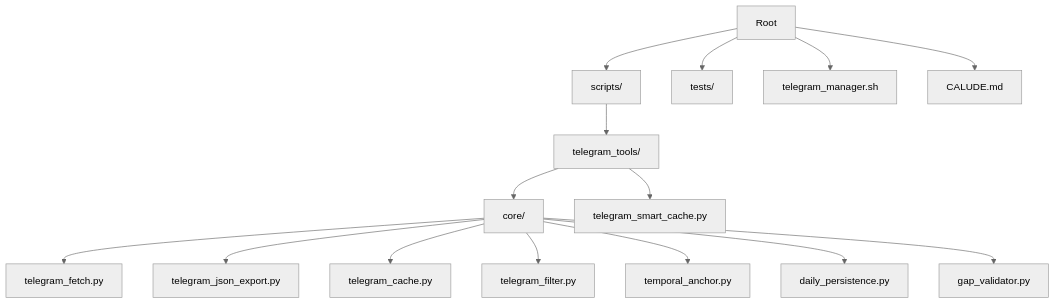
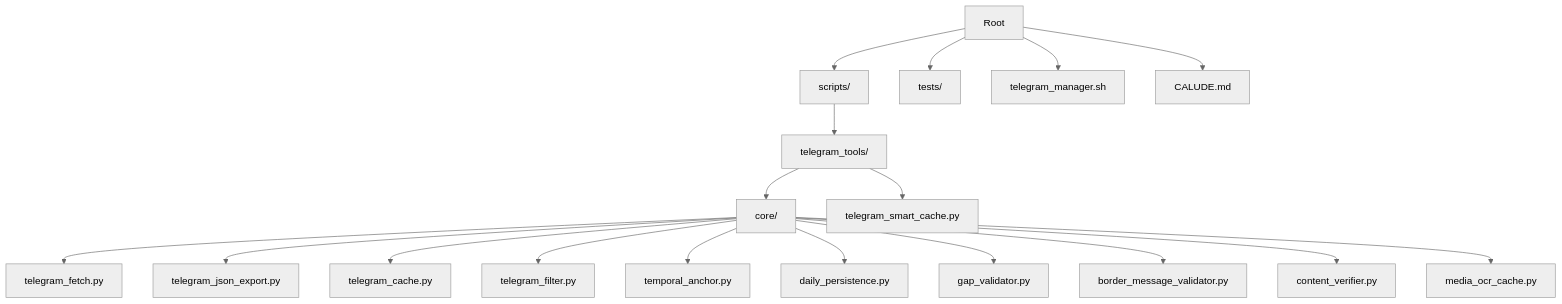
One commit to almazom/MCP-Fallback-Scripts changed the first of 8 diagrams in .qoder/repowiki/en/content/JSON-Based Architecture Overview.md. Above: the diagram before and after it, drawn with Mermaid (neutral theme). The commit also changed other lines of this file and 18 other files, not shown here.

````diff
--- a/.qoder/repowiki/en/content/JSON-Based Architecture Overview.md
+++ b/.qoder/repowiki/en/content/JSON-Based Architecture Overview.md
@@ -33,17 +44,20 @@
 ```mermaid
 graph TD
 A[Root] --> B[scripts/]
 A --> C[tests/]
 A --> D[telegram_manager.sh]
 A --> E[CALUDE.md]
 B --> F[telegram_tools/]
 F --> G[core/]
 F --> H[telegram_smart_cache.py]
 G --> I[telegram_fetch.py]
 G --> J[telegram_json_export.py]
 G --> K[telegram_cache.py]
 G --> L[telegram_filter.py]
 G --> M[temporal_anchor.py]
 G --> N[daily_persistence.py]
 G --> O[gap_validator.py]
+G --> P[border_message_validator.py]
+G --> Q[content_verifier.py]
+G --> R[media_ocr_cache.py]
 ```
````
